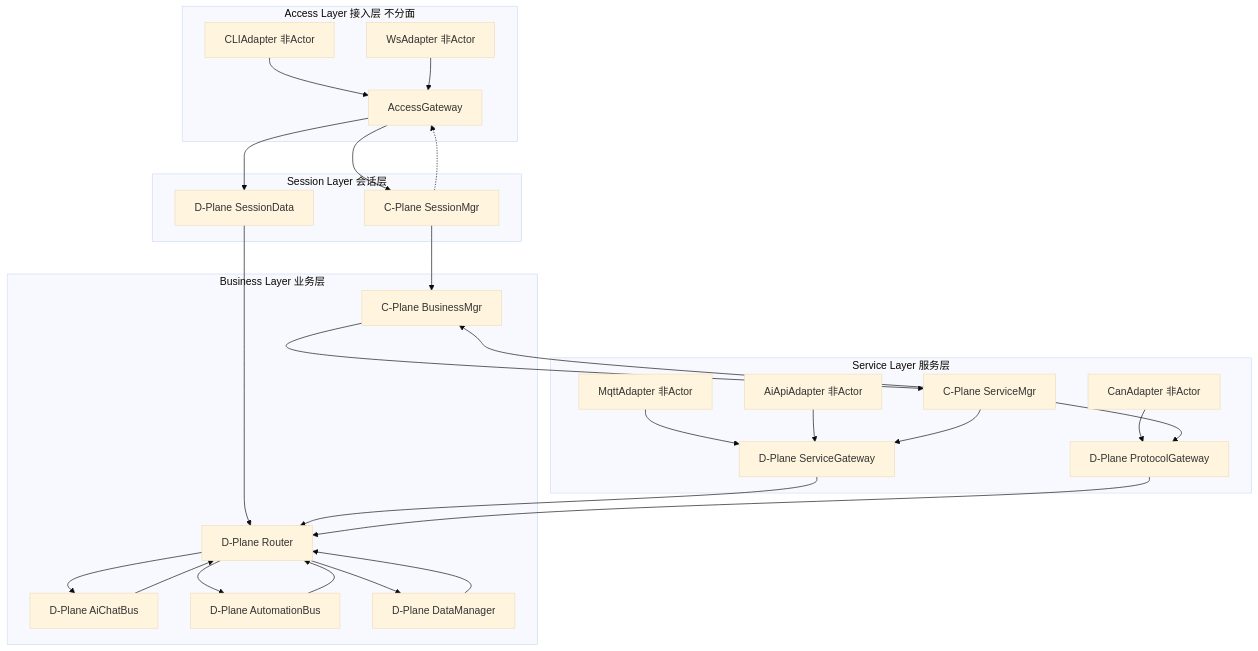
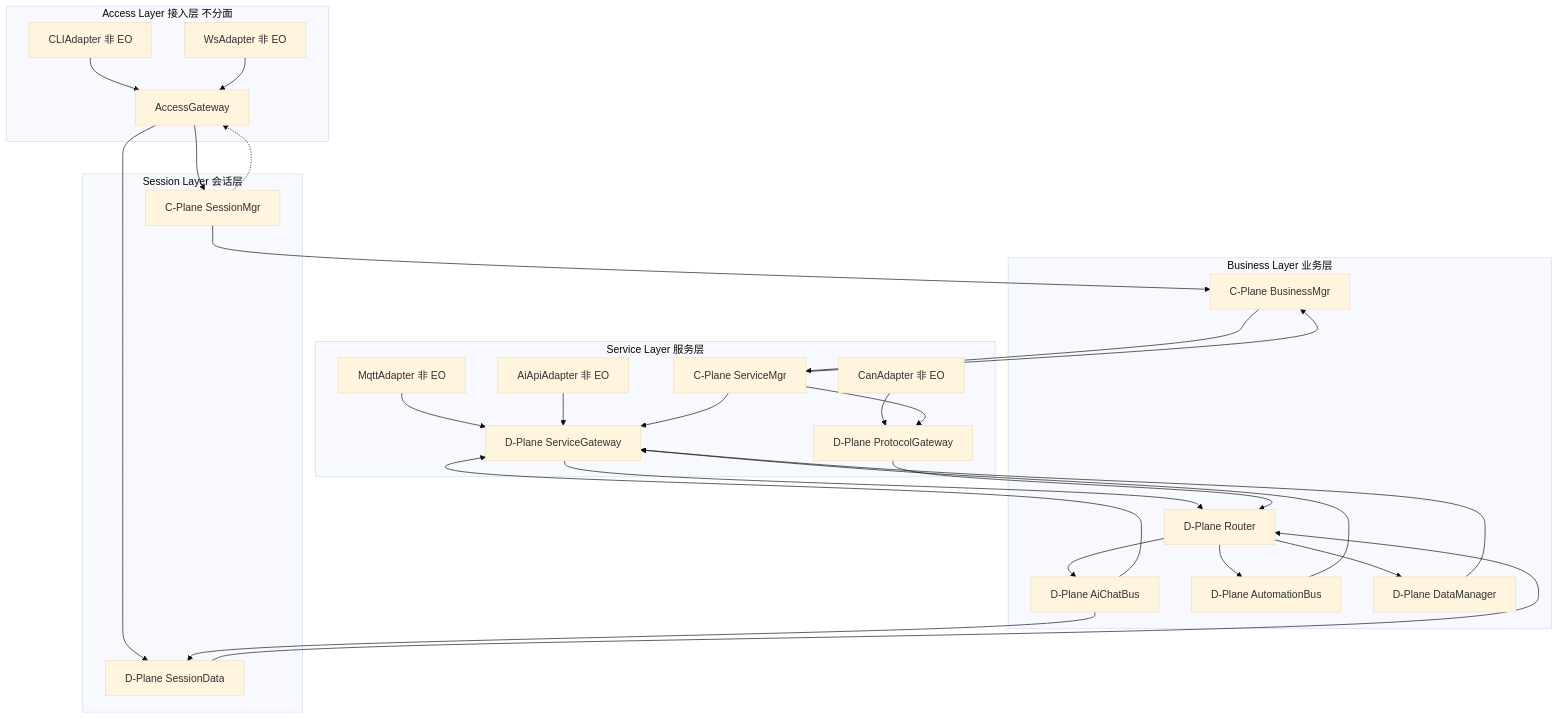
The first of 4 diagrams in README.md (yun-qilong/flow_hub), drawn with Mermaid (base theme) before and after one commit. The commit also changed other lines of this file and 4 other files, not shown here.

````diff
--- a/README.md
+++ b/README.md
@@ -96,53 +108,54 @@
 ```mermaid
 graph TB
     subgraph Access["Access Layer 接入层 不分面"]
-        CLI["CLIAdapter 非Actor"]
-        WS["WsAdapter 非Actor"]
+        CLI["CLIAdapter 非 EO"]
+        WS["WsAdapter 非 EO"]
         AG["AccessGateway"]
         CLI --> AG
         WS --> AG
     end
 
     subgraph Session["Session Layer 会话层"]
         SM["C-Plane SessionMgr"]
         SD["D-Plane SessionData"]
     end
 
     subgraph Business["Business Layer 业务层"]
         BM["C-Plane BusinessMgr"]
         R["D-Plane Router"]
         AI["D-Plane AiChatBus"]
         AU["D-Plane AutomationBus"]
         DM["D-Plane DataManager"]
     end
 
     subgraph Service["Service Layer 服务层"]
         SVM["C-Plane ServiceMgr"]
         SG["D-Plane ServiceGateway"]
         PG["D-Plane ProtocolGateway"]
-        MqttAd["MqttAdapter 非Actor"]
-        ApiAd["AiApiAdapter 非Actor"]
-        CanAd["CanAdapter 非Actor"]
+        MqttAd["MqttAdapter 非 EO"]
+        ApiAd["AiApiAdapter 非 EO"]
+        CanAd["CanAdapter 非 EO"]
     end
 
     AG --> SM
     AG --> SD
     SM --> BM
     SM -.-> AG
     BM --> SVM
     SVM --> BM
     SD --> R
     R --> AI
     R --> AU
     R --> DM
-    AI --> R
-    AU --> R
-    DM --> R
+    AI --> SD
+    AI --> SG
+    AU --> SG
+    DM --> SG
     MqttAd --> SG
     ApiAd --> SG
     CanAd --> PG
     SG --> R
     PG --> R
     SVM --> SG
     SVM --> PG
 ```
````
